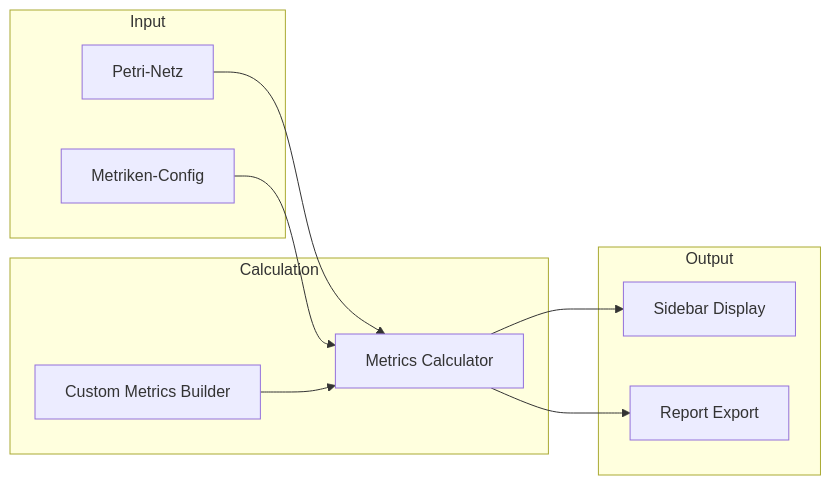
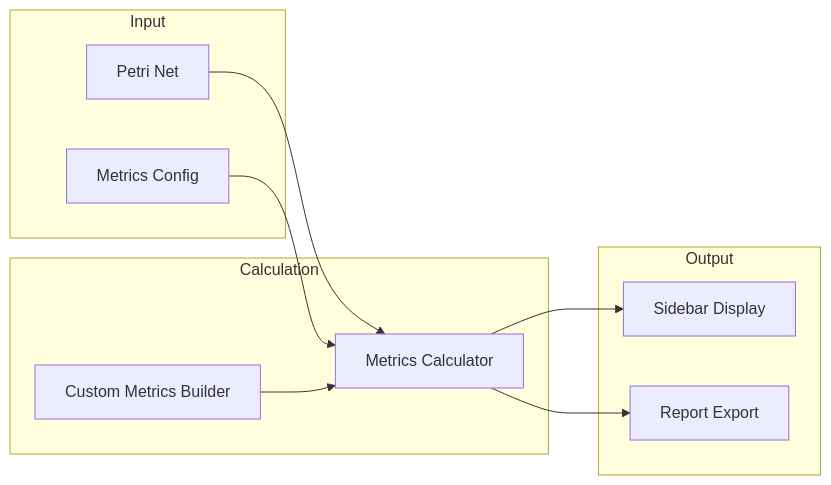
The first of 4 diagrams in docs/migration/08-process-metrics.md (woped/woped-next), drawn with Mermaid before and after one commit. The commit also changed other lines of this file and 24 other files, not shown here.

````diff
--- a/docs/migration/08-process-metrics.md
+++ b/docs/migration/08-process-metrics.md
@@ -7,23 +7,23 @@
 ```mermaid
 graph LR
     subgraph Input
-        NET[Petri-Netz]
-        CONFIG[Metriken-Config]
+        NET[Petri Net]
+        CONFIG[Metrics Config]
     end
     
     subgraph Calculation
         CALC[Metrics Calculator]
         CUSTOM[Custom Metrics Builder]
     end
     
     subgraph Output
         SIDEBAR[Sidebar Display]
         REPORT[Report Export]
     end
     
     NET --> CALC
     CONFIG --> CALC
     CUSTOM --> CALC
     CALC --> SIDEBAR
     CALC --> REPORT
 ```
````
